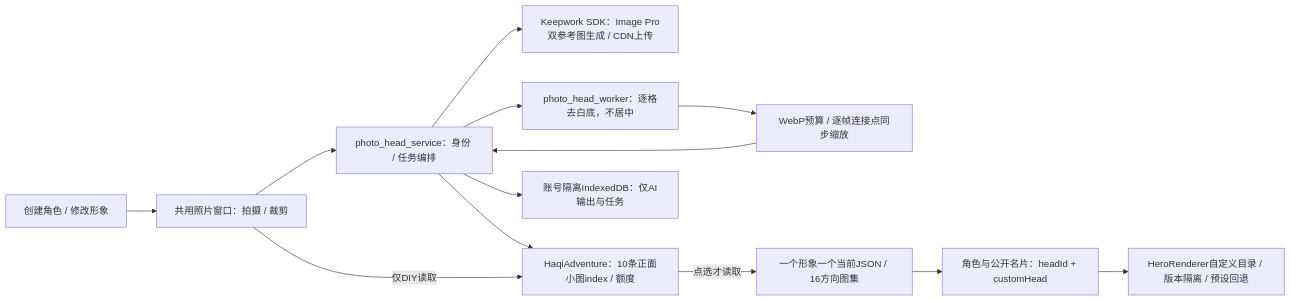
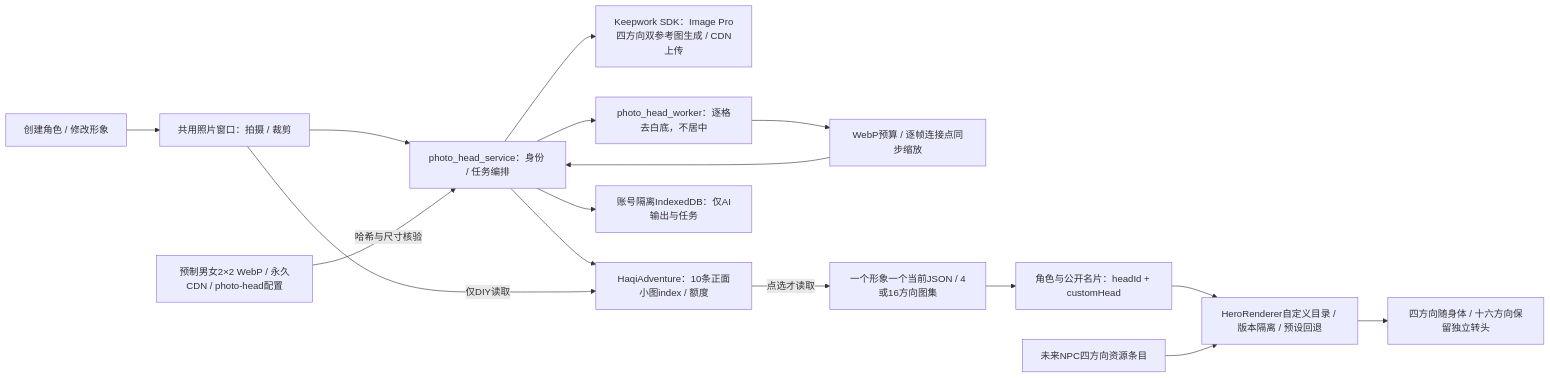
Diagram 21 of 21 in HaqiCombatSim/docs/architecture.md (LiXizhi/HaqiWebTools), drawn with Mermaid before and after one commit. The commit also changed 26 other files, not shown here.

First line of the commit message:
feat: implement four-direction photo head references and calibration

````diff
--- a/HaqiCombatSim/docs/architecture.md
+++ b/HaqiCombatSim/docs/architecture.md
@@ -785,15 +785,18 @@
 ```mermaid
 flowchart LR
     Picker[创建角色 / 修改形象] --> PhotoView[共用照片窗口：拍摄 / 裁剪]
     PhotoView --> Service[photo_head_service：身份 / 任务编排]
-    Service --> SDK[Keepwork SDK：Image Pro双参考图生成 / CDN上传]
+    Templates[预制男女2×2 WebP / 永久CDN / photo-head配置] -->|哈希与尺寸核验| Service
+    Service --> SDK[Keepwork SDK：Image Pro四方向双参考图生成 / CDN上传]
     Service --> Worker[photo_head_worker：逐格去白底，不居中]
     Worker --> WebP[WebP预算 / 逐帧连接点同步缩放]
     WebP --> Service
     Service --> PPS[HaqiAdventure：10条正面小图index / 额度]
-    PPS -->|点选才读取| HeadFile[一个形象一个当前JSON / 16方向图集]
+    PPS -->|点选才读取| HeadFile[一个形象一个当前JSON / 4或16方向图集]
     PhotoView -->|仅DIY读取| PPS
     Service --> Local[账号隔离IndexedDB：仅AI输出与任务]
     HeadFile --> Ref[角色与公开名片：headId + customHead]
     Ref --> Renderer[HeroRenderer自定义目录 / 版本隔离 / 预设回退]
+    NPC[未来NPC四方向资源条目] --> Renderer
+    Renderer --> Poses[四方向随身体 / 十六方向保留独立转头]
 ```
````
